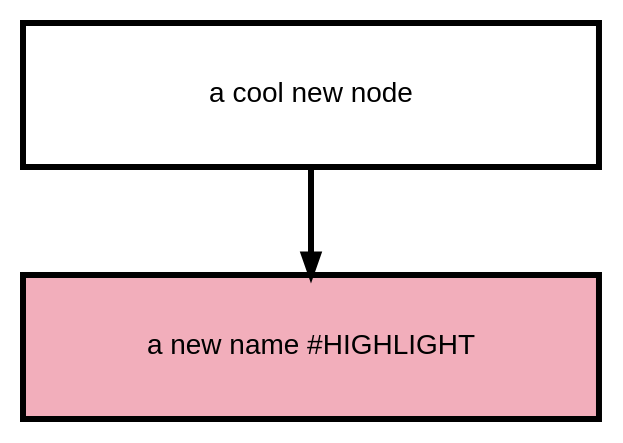
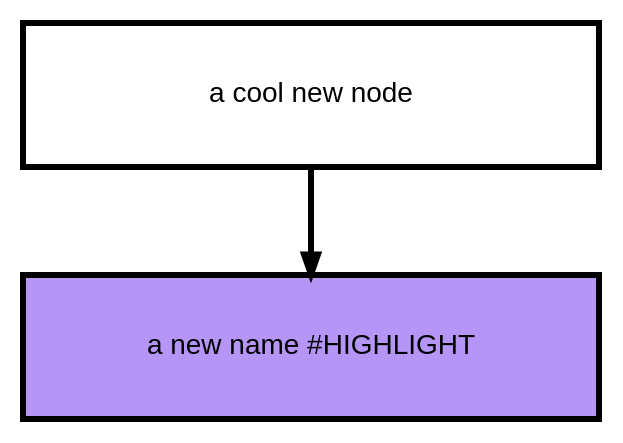
Before and after one commit to stevecooperorg/microdot: the diagram in examples/readme_example_1.presentation.dot, drawn with Graphviz. The commit also changed 8 other files, not shown here.

```diff
--- a/examples/readme_example_1.presentation.dot
+++ b/examples/readme_example_1.presentation.dot
@@ -1,12 +1,12 @@
 digraph {
 
     graph [fontname = "helvetica" rankdir=TB ranksep=0.75 nodesep=0.5];
     node [fontname = "helvetica" style="filled" shape=box height=1 width=4.0 penwidth=3];
-    edge [fontname = "helvetica" penwidth=3 color="#000"];
+    edge [fontname = "helvetica" penwidth=3 color="#000000"];
 
-    "n0" [label="a cool new node" fillcolor="#FFFFFF" color="#000" fontcolor="#000"];
-    "n1" [label="a new name #HIGHLIGHT" fillcolor="#F2AEBB" color="#000" fontcolor="#000"];
+    "n0" [label="a cool new node" fillcolor="#FFFFFF" color="#000000" fontcolor="#000000"];
+    "n1" [label="a new name #HIGHLIGHT" fillcolor="#B596F6" color="#000000" fontcolor="#000000"];
 
     "n0" -> "n1";
 
 }
```
